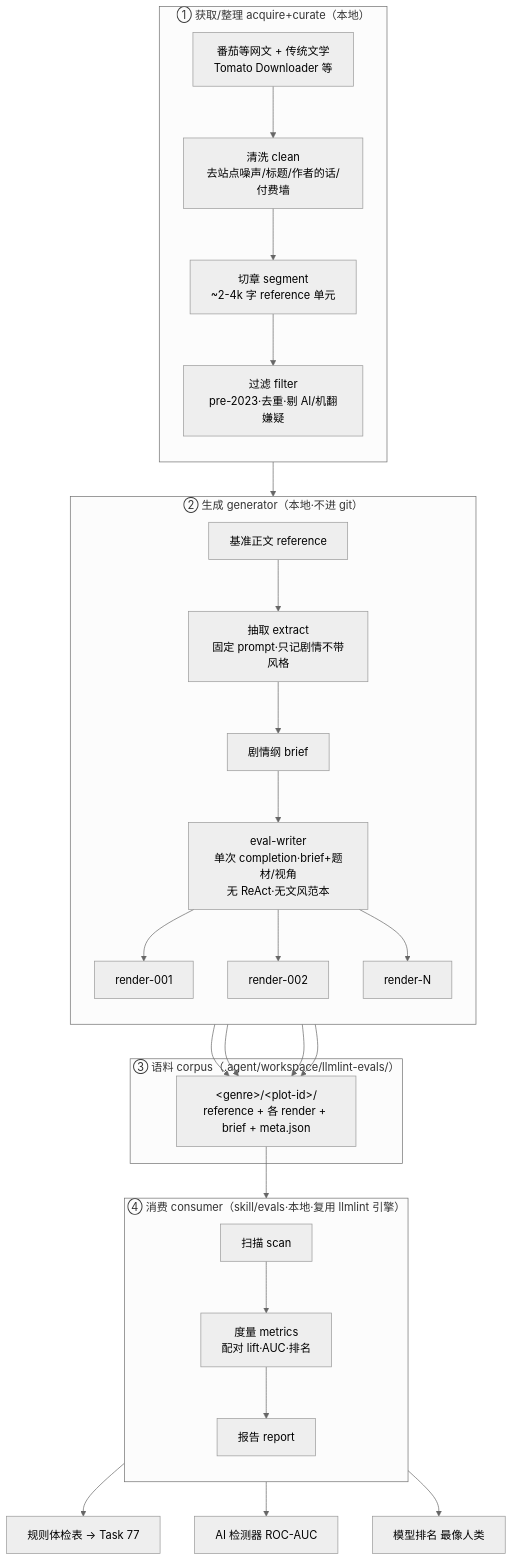
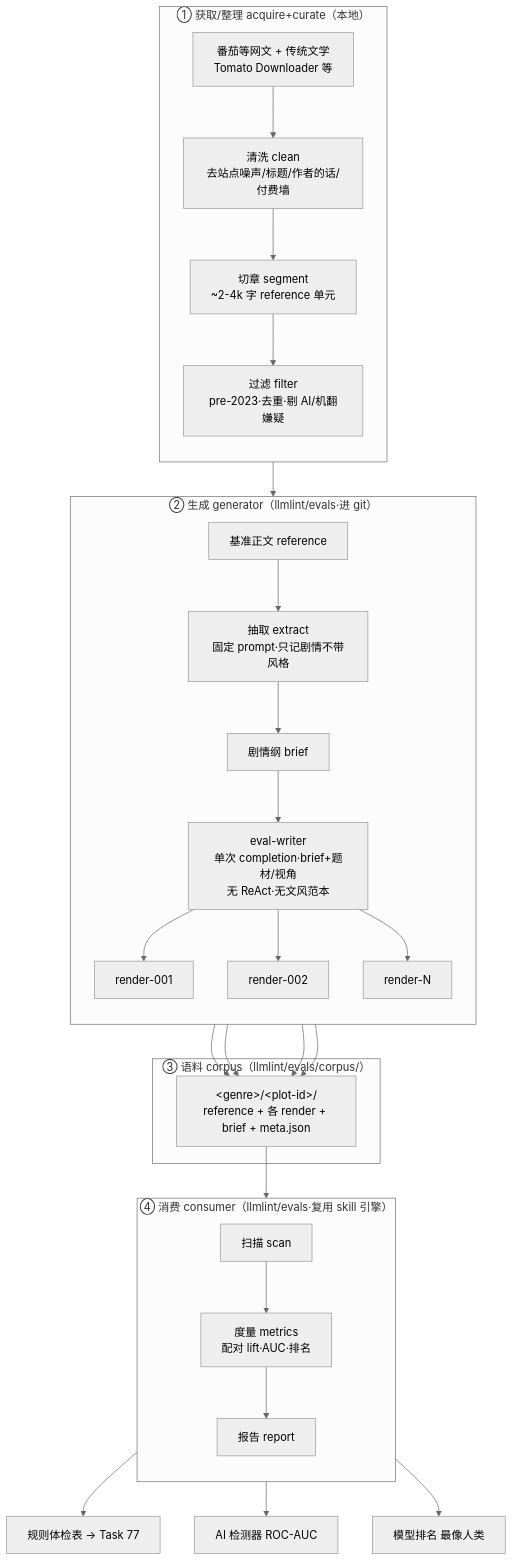
Before and after one commit to allengzc/neuro-book: the diagram in docs/tasks/82-llmlint-eval-harness/README.md, drawn with Mermaid (neutral theme). The commit also changed other lines of this file and 58 other files, not shown here.

````diff
--- a/docs/tasks/82-llmlint-eval-harness/README.md
+++ b/docs/tasks/82-llmlint-eval-harness/README.md
@@ -36,39 +36,39 @@
 ```mermaid
 flowchart TB
   subgraph ACQ["① 获取/整理 acquire+curate（本地）"]
     direction TB
     SRC["番茄等网文 + 传统文学<br/>Tomato Downloader 等"]
     CL["清洗 clean<br/>去站点噪声/标题/作者的话/付费墙"]
     SEG["切章 segment<br/>~2-4k 字 reference 单元"]
     FT["过滤 filter<br/>pre-2023·去重·剔 AI/机翻嫌疑"]
     SRC --> CL --> SEG --> FT
   end
   FT --> H["基准正文 reference"]
 
-  subgraph GEN["② 生成 generator（本地·不进 git）"]
+  subgraph GEN["② 生成 generator（llmlint/evals·进 git）"]
     direction TB
     EX["抽取 extract<br/>固定 prompt·只记剧情不带风格"]
     B["剧情纲 brief"]
     W["eval-writer<br/>单次 completion·brief+题材/视角<br/>无 ReAct·无文风范本"]
     R1["render-001"]
     R2["render-002"]
     R3["render-N"]
     H --> EX --> B --> W
     W --> R1 & R2 & R3
   end
 
-  subgraph CORP["③ 语料 corpus（.agent/workspace/llmlint-evals/）"]
+  subgraph CORP["③ 语料 corpus（llmlint/evals/corpus/）"]
     C["&lt;genre&gt;/&lt;plot-id&gt;/<br/>reference + 各 render + brief + meta.json"]
   end
   H --> C
   R1 & R2 & R3 --> C
 
-  subgraph CON["④ 消费 consumer（skill/evals·本地·复用 llmlint 引擎）"]
+  subgraph CON["④ 消费 consumer（llmlint/evals·复用 skill 引擎）"]
     direction TB
     SC["扫描 scan"] --> ME["度量 metrics<br/>配对 lift·AUC·排名"] --> RE["报告 report"]
   end
   C --> SC
   RE --> O1["规则体检表 → Task 77"]
   RE --> O2["AI 检测器 ROC-AUC"]
   RE --> O3["模型排名 最像人类"]
 ```
````
